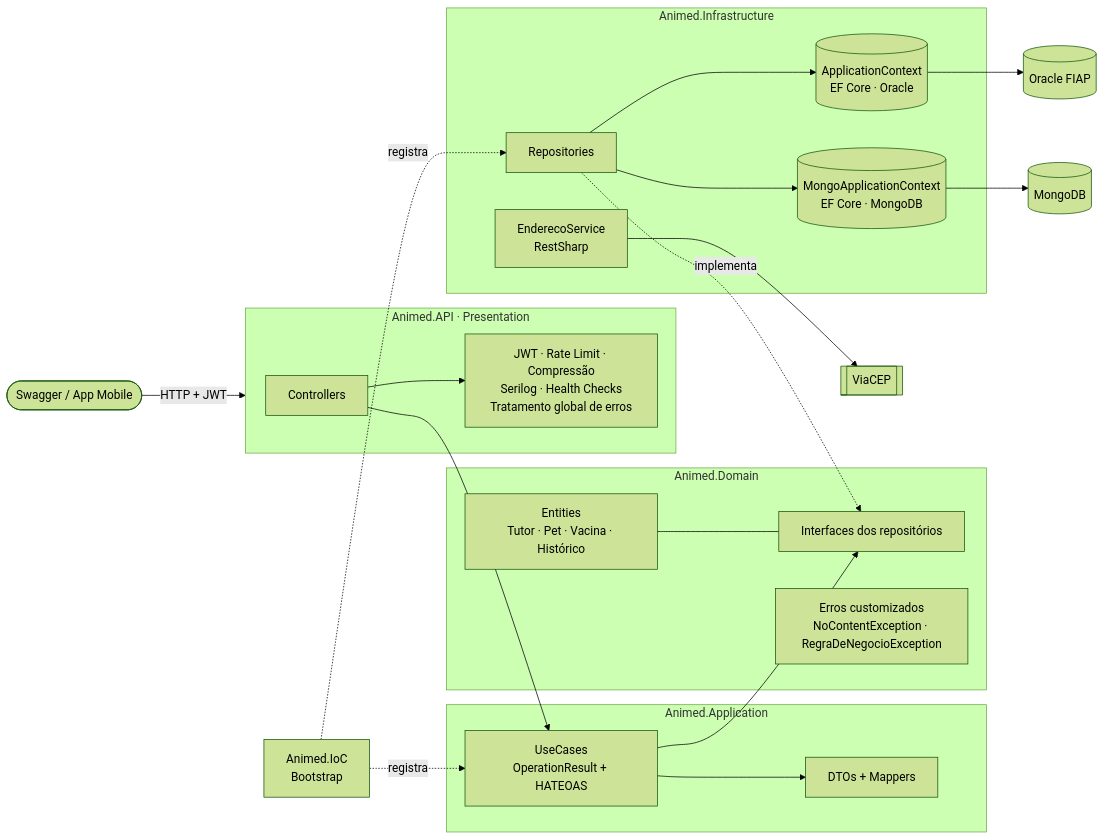
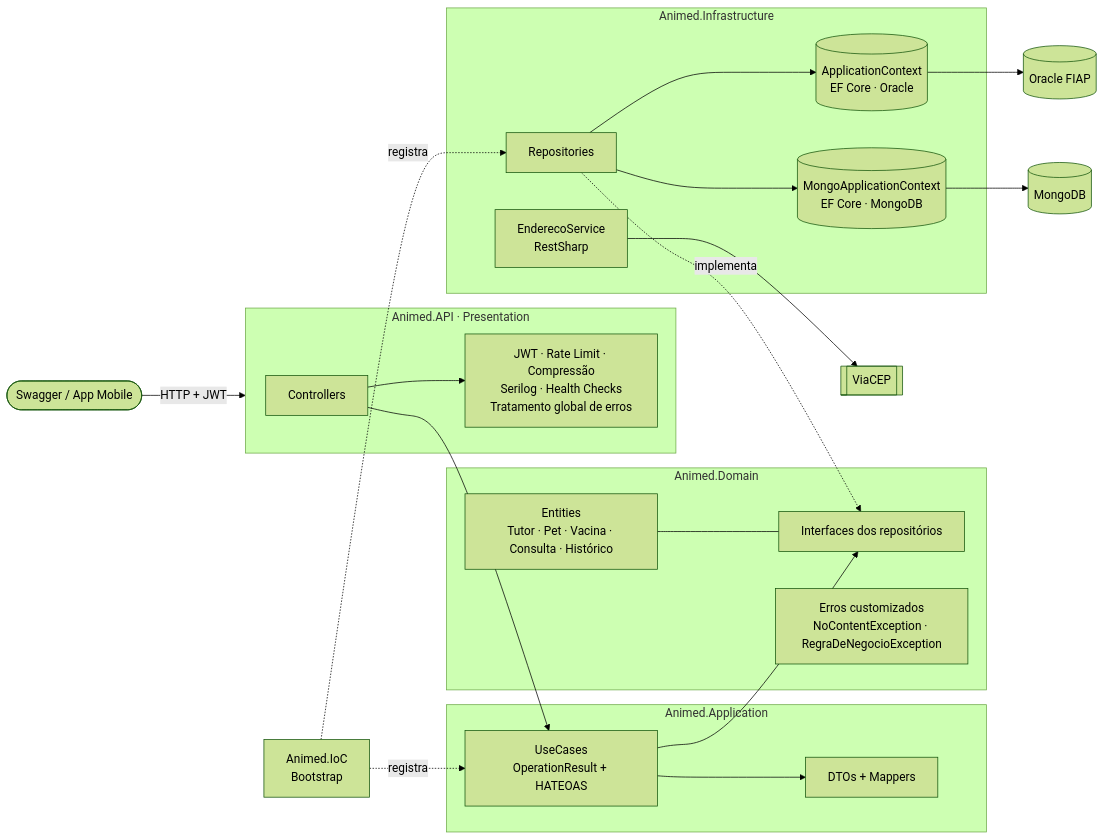
One commit to kaiky06301/animed-dotnet changed the first of 2 diagrams in README.md. Above: the diagram before and after it, drawn with Mermaid (forest theme). The commit also changed other lines of this file and 16 other files, not shown here.

````diff
--- a/README.md
+++ b/README.md
@@ -31,33 +33,33 @@
 ```mermaid
 flowchart LR
     Cliente([Swagger / App Mobile]) -->|HTTP + JWT| API
 
     subgraph API[Animed.API · Presentation]
         C[Controllers] --> MW[JWT · Rate Limit · Compressão<br/>Serilog · Health Checks<br/>Tratamento global de erros]
     end
 
     subgraph APP[Animed.Application]
         UC[UseCases<br/>OperationResult + HATEOAS] --> DTO[DTOs + Mappers]
     end
 
     subgraph DOM[Animed.Domain]
-        E[Entities<br/>Tutor · Pet · Vacina · Histórico] --- I[Interfaces dos repositórios]
+        E[Entities<br/>Tutor · Pet · Vacina · Consulta · Histórico] --- I[Interfaces dos repositórios]
         ER[Erros customizados<br/>NoContentException · RegraDeNegocioException]
     end
 
     subgraph INF[Animed.Infrastructure]
         R[Repositories] --> CTX1[(ApplicationContext<br/>EF Core · Oracle)]
         R --> CTX2[(MongoApplicationContext<br/>EF Core · MongoDB)]
         S[EnderecoService<br/>RestSharp]
     end
 
     IOC[Animed.IoC<br/>Bootstrap] -.registra.-> UC
     IOC -.registra.-> R
 
     C --> UC
     UC --> I
     R -.implementa.-> I
     S --> VIACEP[[ViaCEP]]
     CTX1 --> ORA[(Oracle FIAP)]
     CTX2 --> MONGO[(MongoDB)]
 ```
````
